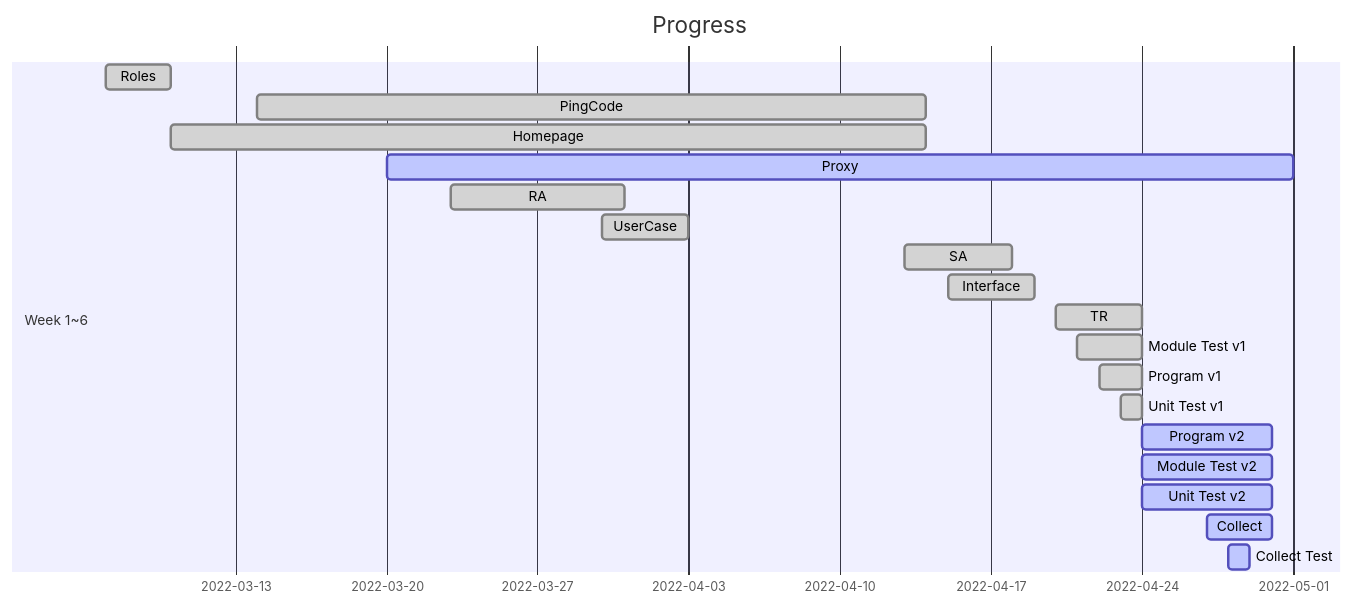
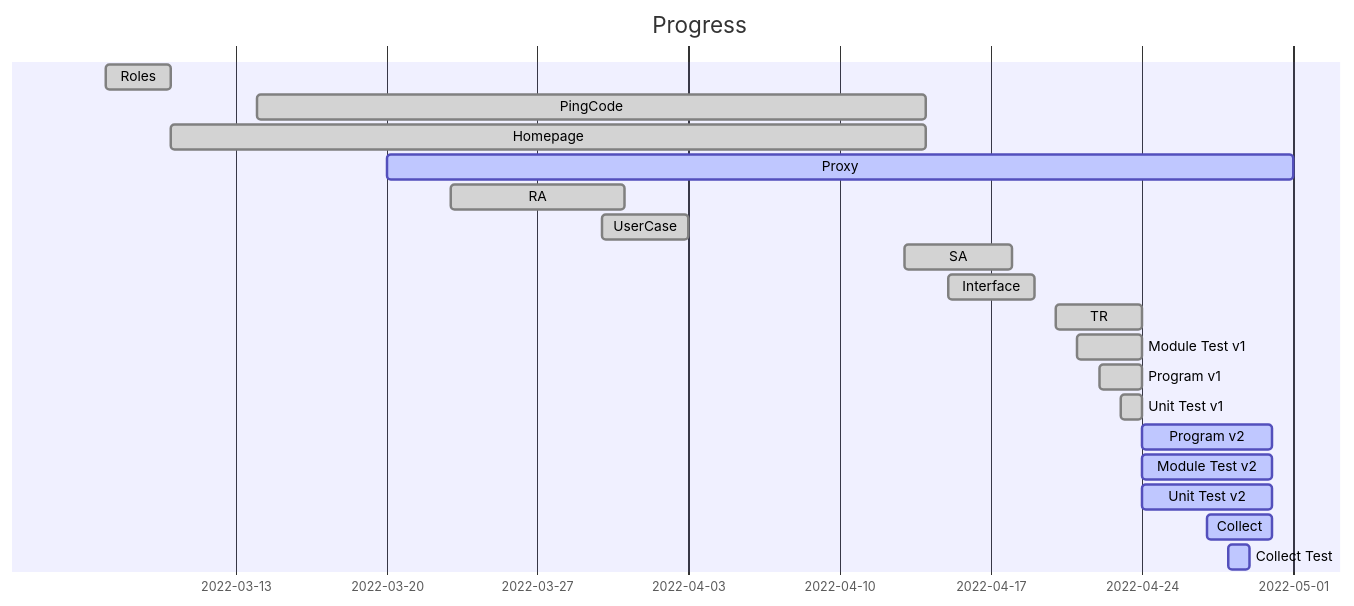
One commit to dsd-db/main changed the diagram in README.md. Above: the diagram before and after it, drawn with Mermaid.

````diff
--- a/README.md
+++ b/README.md
@@ -3,24 +3,23 @@
 ```mermaid
 gantt
-dateFormat  YYYYMMDD
+dateFormat YYYYMMDD
 title Progress
 
-section Week 1~6
 Roles:              done,   des01,  20220307,   3d
 PingCode:           done,   des02,  20220314,   20220414
 Homepage:           done,   des03,  after des01, 20220414
 Proxy:              active, des04,  20220320,   20220501
 RA:                 done,   des05,  20220323,   20220331
 UserCase:           done,   des06,  20220330,   20220403
 SA:                 done,   des07,  20220413,   20220418
 Interface:          done,   des08,  20220415,   20220419
 TR:                 done,   des09,  20220420,   20220424
 Module Test v1:     done,   des10,  20220421,   20220424
 Program v1:         done,   des11,  20220422,   20220424
 Unit Test v1:       done,   des12,  20220423,   20220424
 Program v2:         active, des13,  after des11,20220430
 Module Test v2:     active, des14,  after des10,20220430
 Unit Test v2:       active, des15,  after des12,20220430
 Collect:            active, des16,  20220427,   20220430
 Collect Test:       active, des17,  20220428,   20220429
 ```
````
